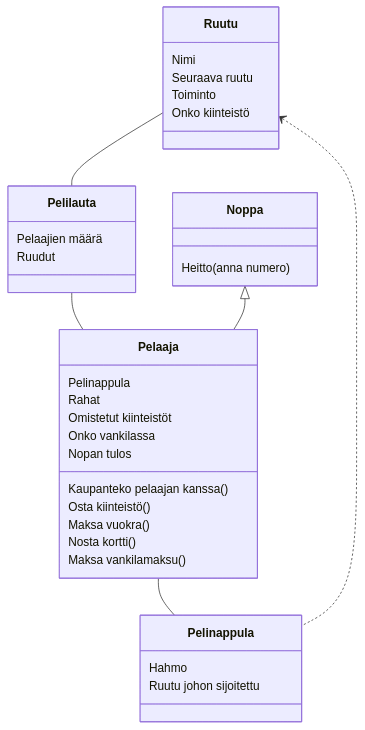
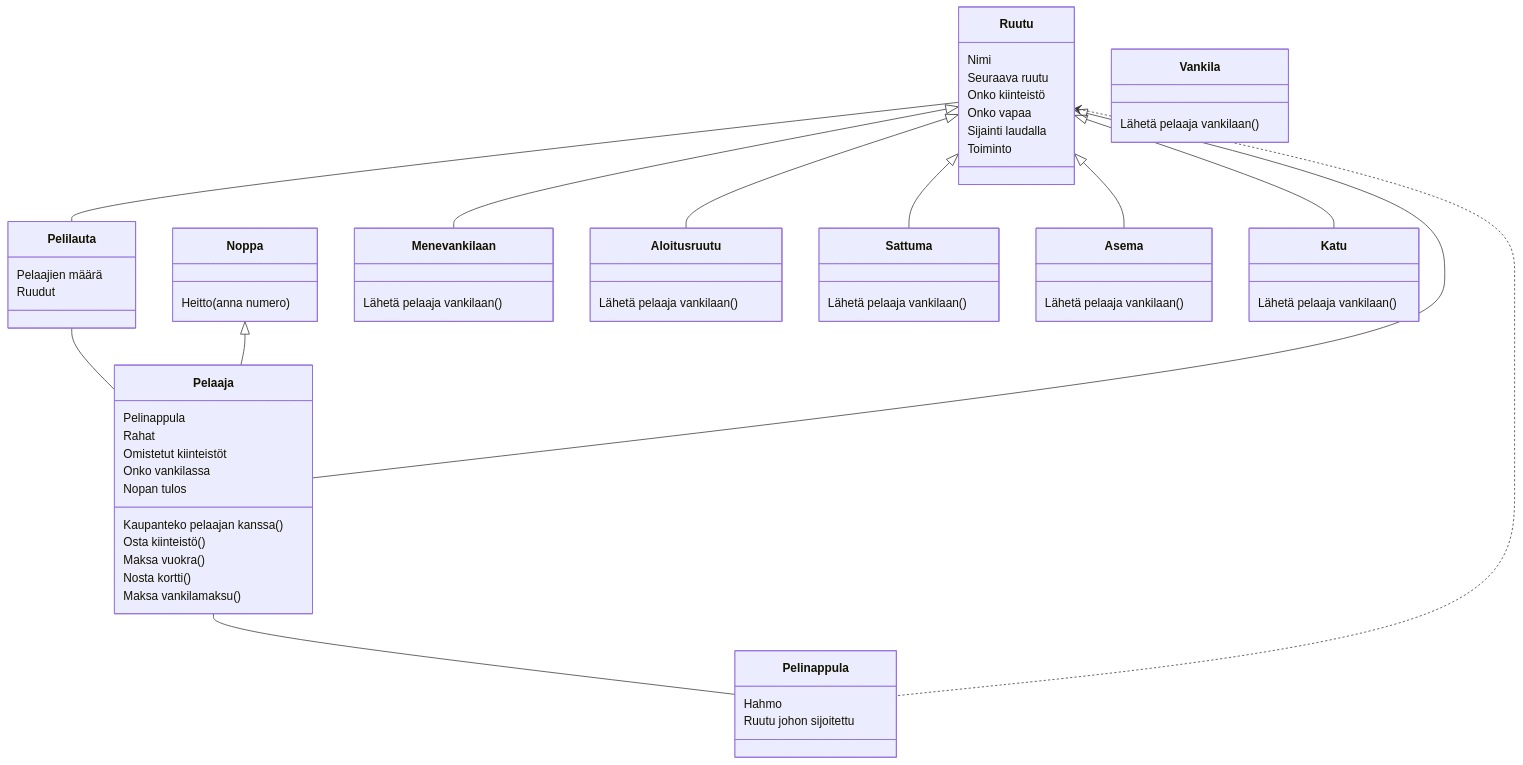
One commit to kodtld/TravelHub changed the diagram in laskarit/viikko3/luokkakaavio.md. Above: the diagram before and after it, drawn with Mermaid.

````diff
--- a/laskarit/viikko3/luokkakaavio.md
+++ b/laskarit/viikko3/luokkakaavio.md
@@ -1,42 +1,69 @@
 ```mermaid
  classDiagram
       Pelilauta -- Pelaaja
       Noppa  <|-- Pelaaja
+      Ruutu  <|-- Menevankilaan
+      Ruutu  <|-- Aloitusruutu
+      Ruutu  <|-- Sattuma
+      Ruutu  <|-- Asema
+      Ruutu  <|-- Katu
+      Ruutu  <|-- Pelaaja
       Ruutu -- Pelilauta
       Pelaaja -- Pelinappula
       Ruutu <.. Pelinappula
       Pelilauta : Pelaajien määrä  
       Pelilauta : Ruudut
 
       class Pelaaja{
           Pelinappula
           Rahat
           Omistetut kiinteistöt  
           Onko vankilassa
           Nopan tulos
           
           Kaupanteko pelaajan kanssa()
           Osta kiinteistö()
           Maksa vuokra()
           Nosta kortti()
           Maksa vankilamaksu()  
       }
-      
+
       class Pelinappula{
           Hahmo
           Ruutu johon sijoitettu
       }
 
       class Noppa{
           Heitto(anna numero)
       }
 
       class Ruutu{
           Nimi
           Seuraava ruutu
+          Onko kiinteistö
+          Onko vapaa
+          Sijainti laudalla
           Toiminto
-          Onko kiinteistö
       }
 
+      class Menevankilaan{
+          Lähetä pelaaja vankilaan()
+      }
+      class Vankila{
+          Lähetä pelaaja vankilaan()
+      }
+      class Aloitusruutu{
+          Lähetä pelaaja vankilaan()
+      }
+      class Sattuma{
+          Lähetä pelaaja vankilaan()
+      }
 
+      class Asema{
+          Lähetä pelaaja vankilaan()
+      }
+
+      class Katu{
+          Lähetä pelaaja vankilaan()
+      }
 ```
````
